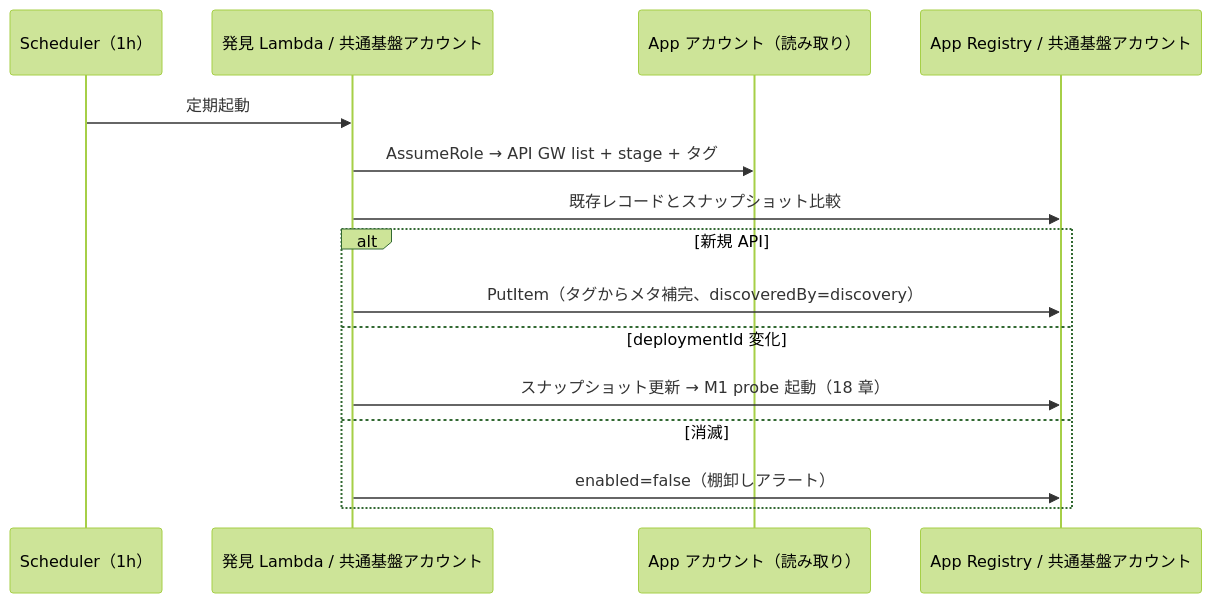
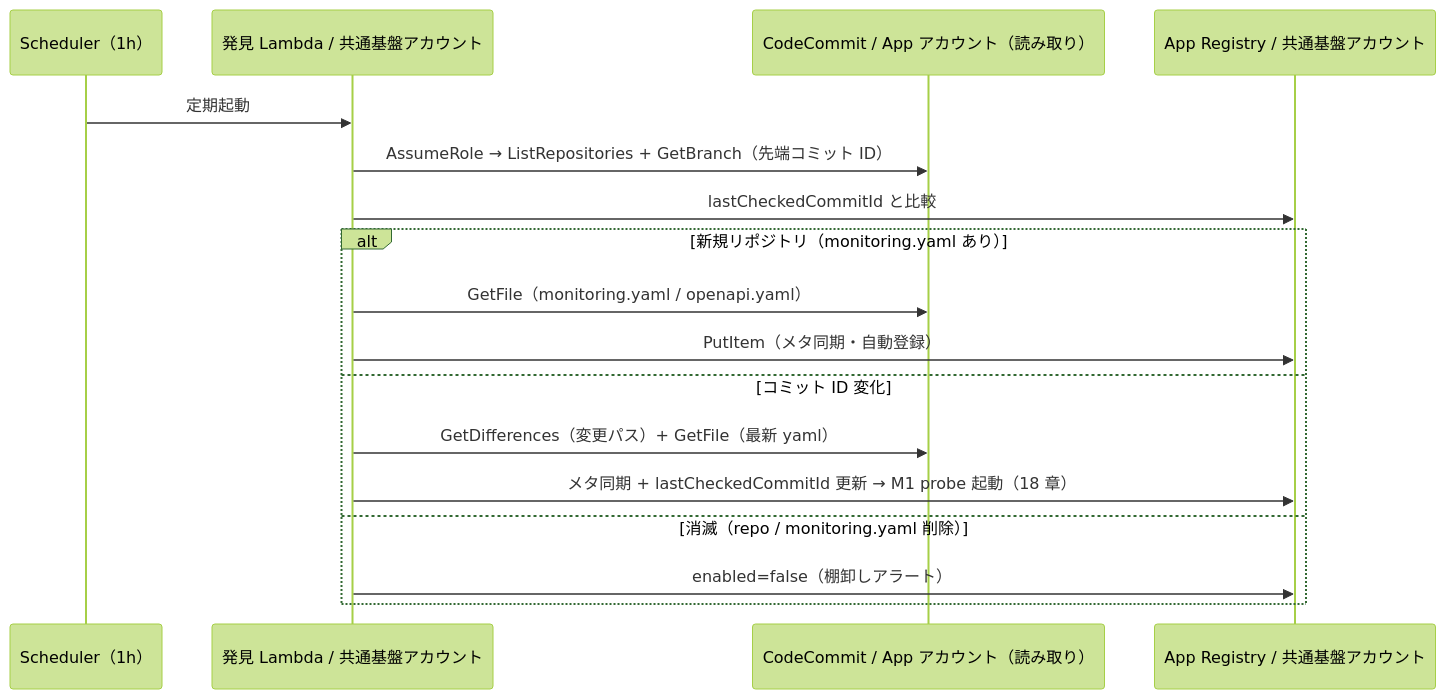
Before and after one commit to suepie/aws-atuh-poc: the diagram in doc/api-platform/basic-design/12-app-registry-design.md, drawn with Mermaid (forest theme). The commit also changed other lines of this file and 11 other files, not shown here.

````diff
--- a/doc/api-platform/basic-design/12-app-registry-design.md
+++ b/doc/api-platform/basic-design/12-app-registry-design.md
@@ -46,18 +48,20 @@
 ```mermaid
 sequenceDiagram
     participant SCH as Scheduler（1h）
     participant DISC as 発見 Lambda / 共通基盤アカウント
-    participant APP as App アカウント（読み取り）
+    participant CC as CodeCommit / App アカウント（読み取り）
     participant DDB as App Registry / 共通基盤アカウント
 
     SCH->>DISC: 定期起動
-    DISC->>APP: AssumeRole → API GW list + stage + タグ
-    DISC->>DDB: 既存レコードとスナップショット比較
-    alt 新規 API
-        DISC->>DDB: PutItem（タグからメタ補完、discoveredBy=discovery）
-    else deploymentId 変化
-        DISC->>DDB: スナップショット更新 → M1 probe 起動（18 章）
-    else 消滅
+    DISC->>CC: AssumeRole → ListRepositories + GetBranch（先端コミット ID）
+    DISC->>DDB: lastCheckedCommitId と比較
+    alt 新規リポジトリ（monitoring.yaml あり）
+        DISC->>CC: GetFile（monitoring.yaml / openapi.yaml）
+        DISC->>DDB: PutItem（メタ同期・自動登録）
+    else コミット ID 変化
+        DISC->>CC: GetDifferences（変更パス）+ GetFile（最新 yaml）
+        DISC->>DDB: メタ同期 + lastCheckedCommitId 更新 → M1 probe 起動（18 章）
+    else 消滅（repo / monitoring.yaml 削除）
         DISC->>DDB: enabled=false（棚卸しアラート）
     end
 ```
````
